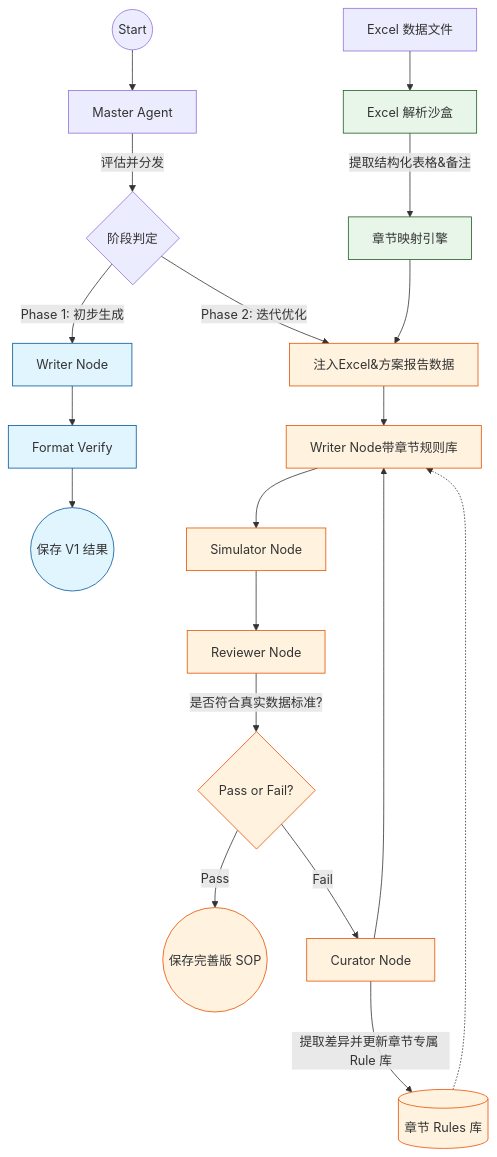
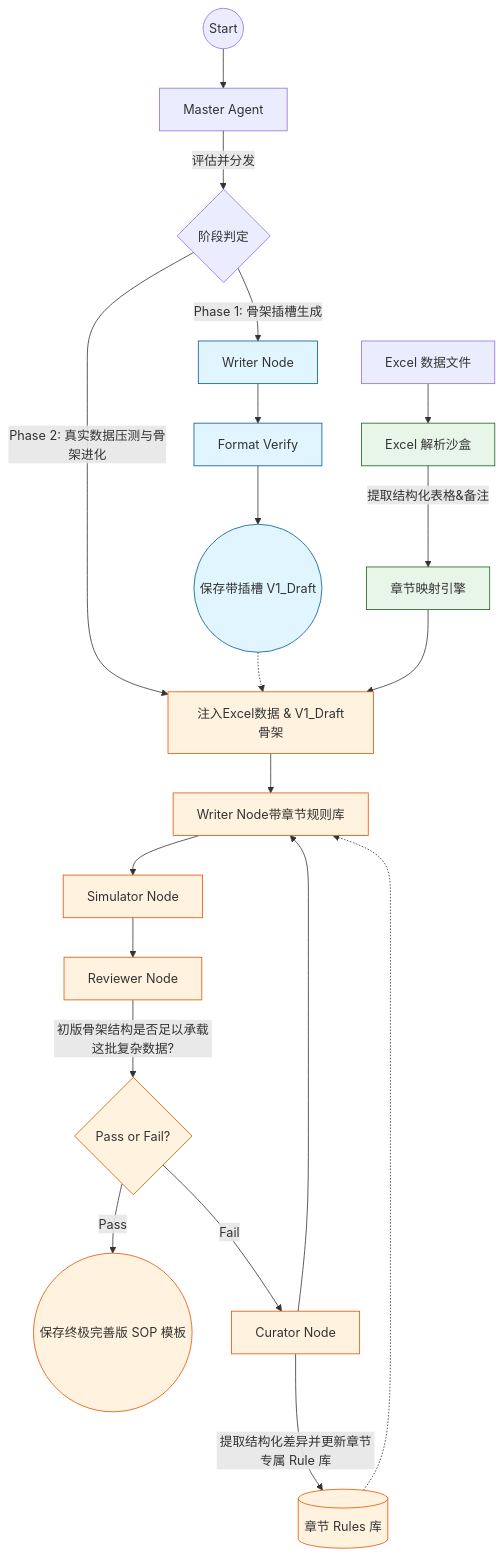
Before and after one commit to 1stphs/glp_generate-sop: the diagram in docs/architecture_proposal.md, drawn with Mermaid. The commit also changed other lines of this file, not shown here.

````diff
--- a/docs/architecture_proposal.md
+++ b/docs/architecture_proposal.md
@@ -92,34 +97,35 @@
 ```mermaid
 graph TD
     classDef phase1 fill:#e1f5fe,stroke:#01579b;
     classDef phase2 fill:#fff3e0,stroke:#e65100;
     classDef sandbox fill:#e8f5e9,stroke:#1b5e20;
 
     Start((Start)) --> Master[Master Agent]
     
     Master --> |评估并分发| Phase_Router{阶段判定}
     
     %% Phase 1
-    Phase_Router -->|Phase 1: 初步生成| W1[Writer Node]:::phase1
+    Phase_Router -->|Phase 1: 骨架插槽生成| W1[Writer Node]:::phase1
     W1 --> V1[Format Verify]:::phase1
-    V1 --> End1((保存 V1 结果)):::phase1
+    V1 --> End1((保存带插槽 V1_Draft)):::phase1
     
     %% Phase 2
     Excel[Excel 数据文件] --> Sandbox[Excel 解析沙盒]:::sandbox
     Sandbox --> |提取结构化表格&备注| Mapper[章节映射引擎]:::sandbox
     
-    Phase_Router -->|Phase 2: 迭代优化| DataSync[注入Excel&方案报告数据]:::phase2
+    Phase_Router -->|Phase 2: 真实数据压测与骨架进化| DataSync[注入Excel数据 & V1_Draft骨架]:::phase2
+    End1 -.-> DataSync
     Mapper --> DataSync
     
     DataSync --> W2[Writer Node带章节规则库]:::phase2
     W2 --> S2[Simulator Node]:::phase2
     S2 --> R2[Reviewer Node]:::phase2
     
-    R2 --> |是否符合真实数据标准?| Eval{Pass or Fail?}:::phase2
-    Eval --> |Pass| End2((保存完善版 SOP)):::phase2
+    R2 --> |初版骨架结构是否足以承载这批复杂数据?| Eval{Pass or Fail?}:::phase2
+    Eval --> |Pass| End2((保存终极完善版 SOP 模板)):::phase2
     Eval --> |Fail| C2[Curator Node]:::phase2
     
-    C2 --> |提取差异并更新章节专属 Rule 库| RuleDB[(章节 Rules 库)]:::phase2
+    C2 --> |提取结构化差异并更新章节专属 Rule 库| RuleDB[(章节 Rules 库)]:::phase2
     RuleDB -.-> W2
     C2 --> W2
 ```
````
